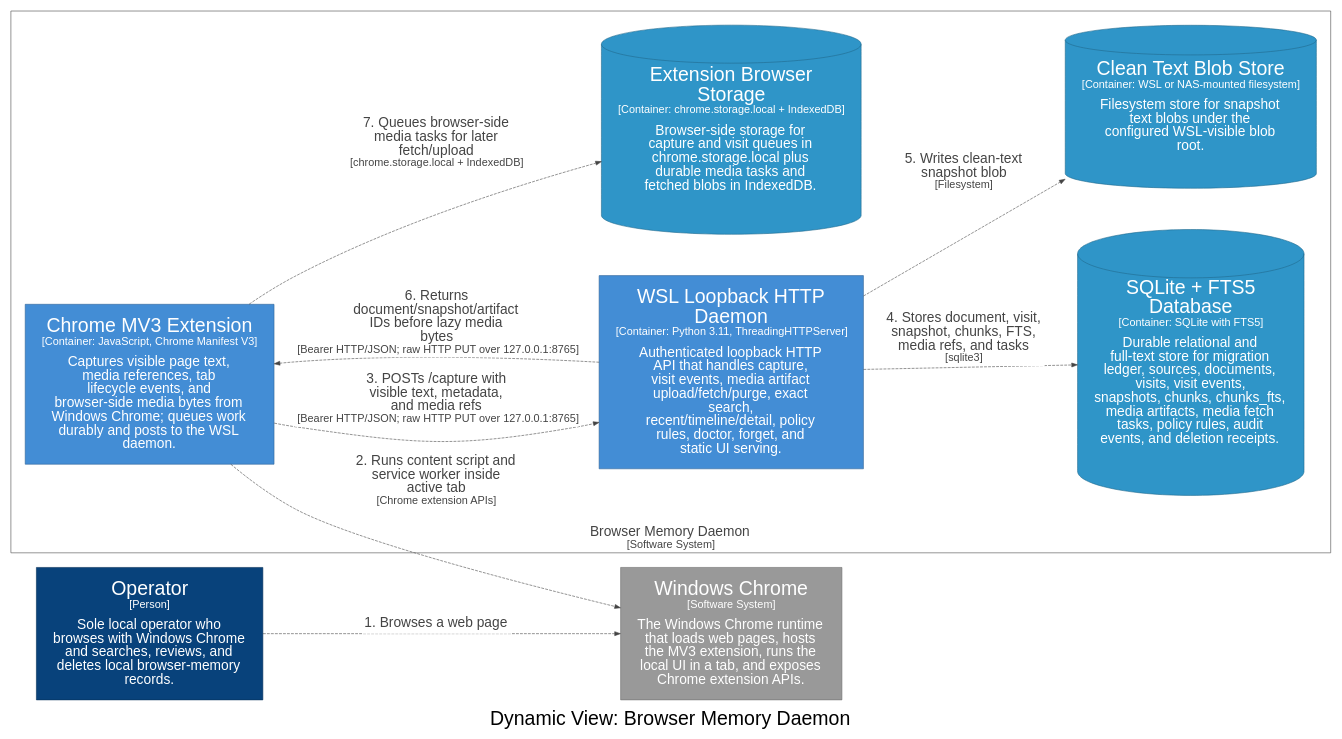
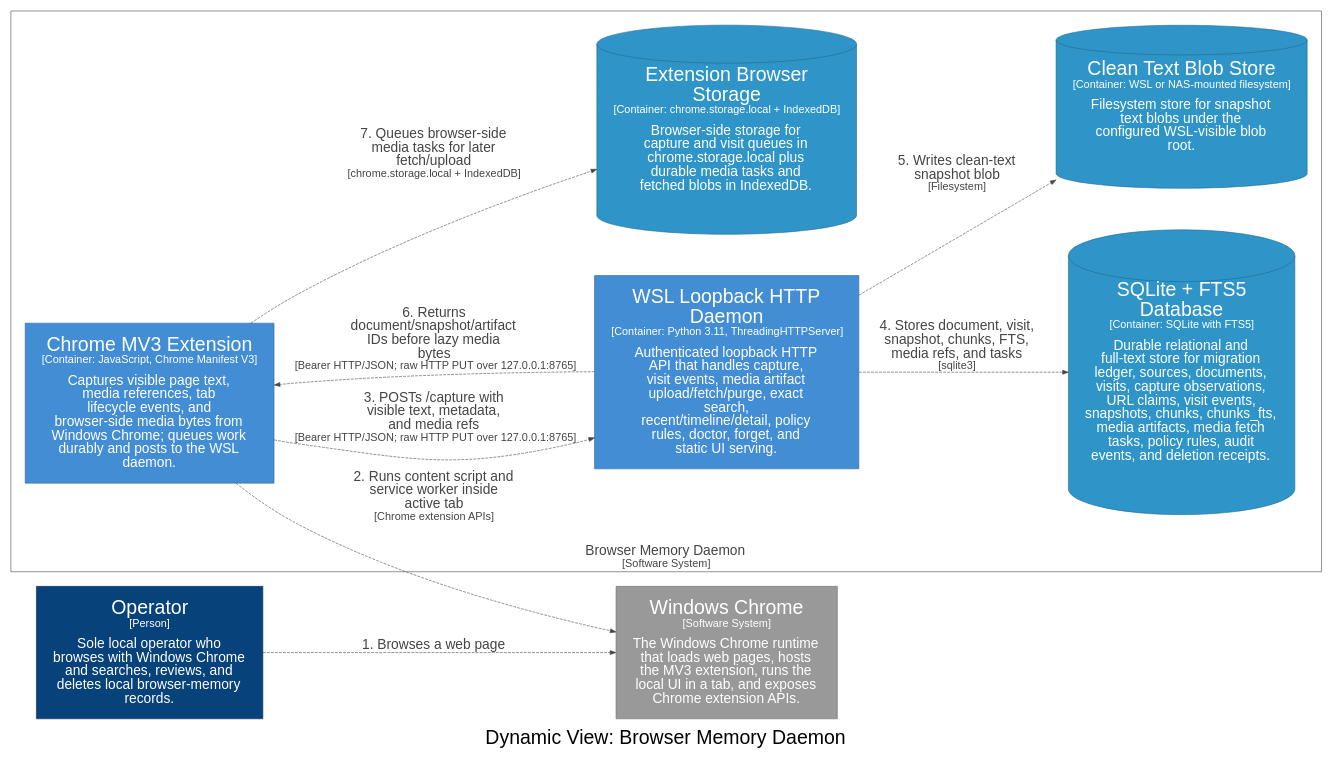
One commit to michaelnicks0/browser-memory-daemon changed the diagram in docs/architecture/diagrams/dot/structurizr-FastCaptureFlow.dot. Above: the diagram before and after it, drawn with Graphviz. The commit also changed 162 other files, not shown here.

Commit message:
feat(model): add capture observations and URL claims

```diff
--- a/docs/architecture/diagrams/dot/structurizr-FastCaptureFlow.dot
+++ b/docs/architecture/diagrams/dot/structurizr-FastCaptureFlow.dot
@@ -1,34 +1,34 @@
 digraph {
   compound=true
   graph [fontname="Arial", rankdir=LR, ranksep=1.0, nodesep=1.0]
   node [fontname="Arial", shape=box, margin="0.4,0.3"]
   edge [fontname="Arial"]
   label=<<br /><font point-size="34">Dynamic View: Browser Memory Daemon</font>>
 
   subgraph cluster_4 {
     margin=25
     label=<<font point-size="24"><br />Browser Memory Daemon</font><br /><font point-size="19">[Software System]</font>>
     labelloc=b
     color="#444444"
     fontcolor="#444444"
     fillcolor="#444444"
 
     13 [id=13,shape=cylinder, label=<<font point-size="34">Extension Browser<br />Storage</font><br /><font point-size="19">[Container: chrome.storage.local + IndexedDB]</font><br /><br /><font point-size="24">Browser-side storage for<br />capture and visit queues in<br />chrome.storage.local plus<br />durable media tasks and<br />fetched blobs in IndexedDB.</font>>, style=filled, color="#20688c", fillcolor="#2f95c8", fontcolor="#ffffff"]
     14 [id=14,shape=rect, label=<<font point-size="34">WSL Loopback HTTP<br />Daemon</font><br /><font point-size="19">[Container: Python 3.11, ThreadingHTTPServer]</font><br /><br /><font point-size="24">Authenticated loopback HTTP<br />API that handles capture,<br />visit events, media artifact<br />upload/fetch/purge, exact<br />search,<br />recent/timeline/detail, policy<br />rules, doctor, forget, and<br />static UI serving.</font>>, style=filled, color="#2e6295", fillcolor="#438dd5", fontcolor="#ffffff"]
-    28 [id=28,shape=cylinder, label=<<font point-size="34">SQLite + FTS5<br />Database</font><br /><font point-size="19">[Container: SQLite with FTS5]</font><br /><br /><font point-size="24">Durable relational and<br />full-text store for migration<br />ledger, sources, documents,<br />visits, visit events,<br />snapshots, chunks, chunks_fts,<br />media artifacts, media fetch<br />tasks, policy rules, audit<br />events, and deletion receipts.</font>>, style=filled, color="#20688c", fillcolor="#2f95c8", fontcolor="#ffffff"]
+    28 [id=28,shape=cylinder, label=<<font point-size="34">SQLite + FTS5<br />Database</font><br /><font point-size="19">[Container: SQLite with FTS5]</font><br /><br /><font point-size="24">Durable relational and<br />full-text store for migration<br />ledger, sources, documents,<br />visits, capture observations,<br />URL claims, visit events,<br />snapshots, chunks, chunks_fts,<br />media artifacts, media fetch<br />tasks, policy rules, audit<br />events, and deletion receipts.</font>>, style=filled, color="#20688c", fillcolor="#2f95c8", fontcolor="#ffffff"]
     29 [id=29,shape=cylinder, label=<<font point-size="34">Clean Text Blob Store</font><br /><font point-size="19">[Container: WSL or NAS-mounted filesystem]</font><br /><br /><font point-size="24">Filesystem store for snapshot<br />text blobs under the<br />configured WSL-visible blob<br />root.</font>>, style=filled, color="#20688c", fillcolor="#2f95c8", fontcolor="#ffffff"]
     5 [id=5,shape=rect, label=<<font point-size="34">Chrome MV3 Extension</font><br /><font point-size="19">[Container: JavaScript, Chrome Manifest V3]</font><br /><br /><font point-size="24">Captures visible page text,<br />media references, tab<br />lifecycle events, and<br />browser-side media bytes from<br />Windows Chrome; queues work<br />durably and posts to the WSL<br />daemon.</font>>, style=filled, color="#2e6295", fillcolor="#438dd5", fontcolor="#ffffff"]
   }
 
   1 [id=1,shape=rect, label=<<font point-size="34">Operator</font><br /><font point-size="19">[Person]</font><br /><br /><font point-size="24">Sole local operator who<br />browses with Windows Chrome<br />and searches, reviews, and<br />deletes local browser-memory<br />records.</font>>, style=filled, color="#052e56", fillcolor="#08427b", fontcolor="#ffffff"]
   2 [id=2,shape=rect, label=<<font point-size="34">Windows Chrome</font><br /><font point-size="19">[Software System]</font><br /><br /><font point-size="24">The Windows Chrome runtime<br />that loads web pages, hosts<br />the MV3 extension, runs the<br />local UI in a tab, and exposes<br />Chrome extension APIs.</font>>, style=filled, color="#6b6b6b", fillcolor="#999999", fontcolor="#ffffff"]
 
-  1 -> 2 [id=31, label=<<TABLE BORDER="0" CELLBORDER="0" CELLSPACING="0" CELLPADDING="4" BGCOLOR="white"><TR><TD><font point-size="24">1. Browses a web page</font></TD></TR></TABLE>>, style="dashed", color="#444444", fontcolor="#444444"]
-  5 -> 2 [id=36, label=<<TABLE BORDER="0" CELLBORDER="0" CELLSPACING="0" CELLPADDING="4" BGCOLOR="white"><TR><TD><font point-size="24">2. Runs content script and<br />service worker inside<br />active tab</font><br /><font point-size="19">[Chrome extension APIs]</font></TD></TR></TABLE>>, style="dashed", color="#444444", fontcolor="#444444"]
-  5 -> 14 [id=39, label=<<TABLE BORDER="0" CELLBORDER="0" CELLSPACING="0" CELLPADDING="4" BGCOLOR="white"><TR><TD><font point-size="24">3. POSTs /capture with<br />visible text, metadata,<br />and media refs</font><br /><font point-size="19">[Bearer HTTP/JSON; raw HTTP PUT over 127.0.0.1:8765]</font></TD></TR></TABLE>>, style="dashed", color="#444444", fontcolor="#444444"]
-  14 -> 28 [id=44, label=<<TABLE BORDER="0" CELLBORDER="0" CELLSPACING="0" CELLPADDING="4" BGCOLOR="white"><TR><TD><font point-size="24">4. Stores document, visit,<br />snapshot, chunks, FTS,<br />media refs, and tasks</font><br /><font point-size="19">[sqlite3]</font></TD></TR></TABLE>>, style="dashed", color="#444444", fontcolor="#444444"]
-  14 -> 29 [id=45, label=<<TABLE BORDER="0" CELLBORDER="0" CELLSPACING="0" CELLPADDING="4" BGCOLOR="white"><TR><TD><font point-size="24">5. Writes clean-text<br />snapshot blob</font><br /><font point-size="19">[Filesystem]</font></TD></TR></TABLE>>, style="dashed", color="#444444", fontcolor="#444444"]
-  14 -> 5 [id=39, label=<<TABLE BORDER="0" CELLBORDER="0" CELLSPACING="0" CELLPADDING="4" BGCOLOR="white"><TR><TD><font point-size="24">6. Returns<br />document/snapshot/artifact<br />IDs before lazy media<br />bytes</font><br /><font point-size="19">[Bearer HTTP/JSON; raw HTTP PUT over 127.0.0.1:8765]</font></TD></TR></TABLE>>, style="dashed", color="#444444", fontcolor="#444444"]
-  5 -> 13 [id=38, label=<<TABLE BORDER="0" CELLBORDER="0" CELLSPACING="0" CELLPADDING="4" BGCOLOR="white"><TR><TD><font point-size="24">7. Queues browser-side<br />media tasks for later<br />fetch/upload</font><br /><font point-size="19">[chrome.storage.local + IndexedDB]</font></TD></TR></TABLE>>, style="dashed", color="#444444", fontcolor="#444444"]
+  1 -> 2 [id=31, label=<<font point-size="24">1. Browses a web page</font>>, style="dashed", color="#444444", fontcolor="#444444"]
+  5 -> 2 [id=36, label=<<font point-size="24">2. Runs content script and<br />service worker inside<br />active tab</font><br /><font point-size="19">[Chrome extension APIs]</font>>, style="dashed", color="#444444", fontcolor="#444444"]
+  5 -> 14 [id=39, label=<<font point-size="24">3. POSTs /capture with<br />visible text, metadata,<br />and media refs</font><br /><font point-size="19">[Bearer HTTP/JSON; raw HTTP PUT over 127.0.0.1:8765]</font>>, style="dashed", color="#444444", fontcolor="#444444"]
+  14 -> 28 [id=44, label=<<font point-size="24">4. Stores document, visit,<br />snapshot, chunks, FTS,<br />media refs, and tasks</font><br /><font point-size="19">[sqlite3]</font>>, style="dashed", color="#444444", fontcolor="#444444"]
+  14 -> 29 [id=45, label=<<font point-size="24">5. Writes clean-text<br />snapshot blob</font><br /><font point-size="19">[Filesystem]</font>>, style="dashed", color="#444444", fontcolor="#444444"]
+  14 -> 5 [id=39, label=<<font point-size="24">6. Returns<br />document/snapshot/artifact<br />IDs before lazy media<br />bytes</font><br /><font point-size="19">[Bearer HTTP/JSON; raw HTTP PUT over 127.0.0.1:8765]</font>>, style="dashed", color="#444444", fontcolor="#444444"]
+  5 -> 13 [id=38, label=<<font point-size="24">7. Queues browser-side<br />media tasks for later<br />fetch/upload</font><br /><font point-size="19">[chrome.storage.local + IndexedDB]</font>>, style="dashed", color="#444444", fontcolor="#444444"]
 
 }
```
